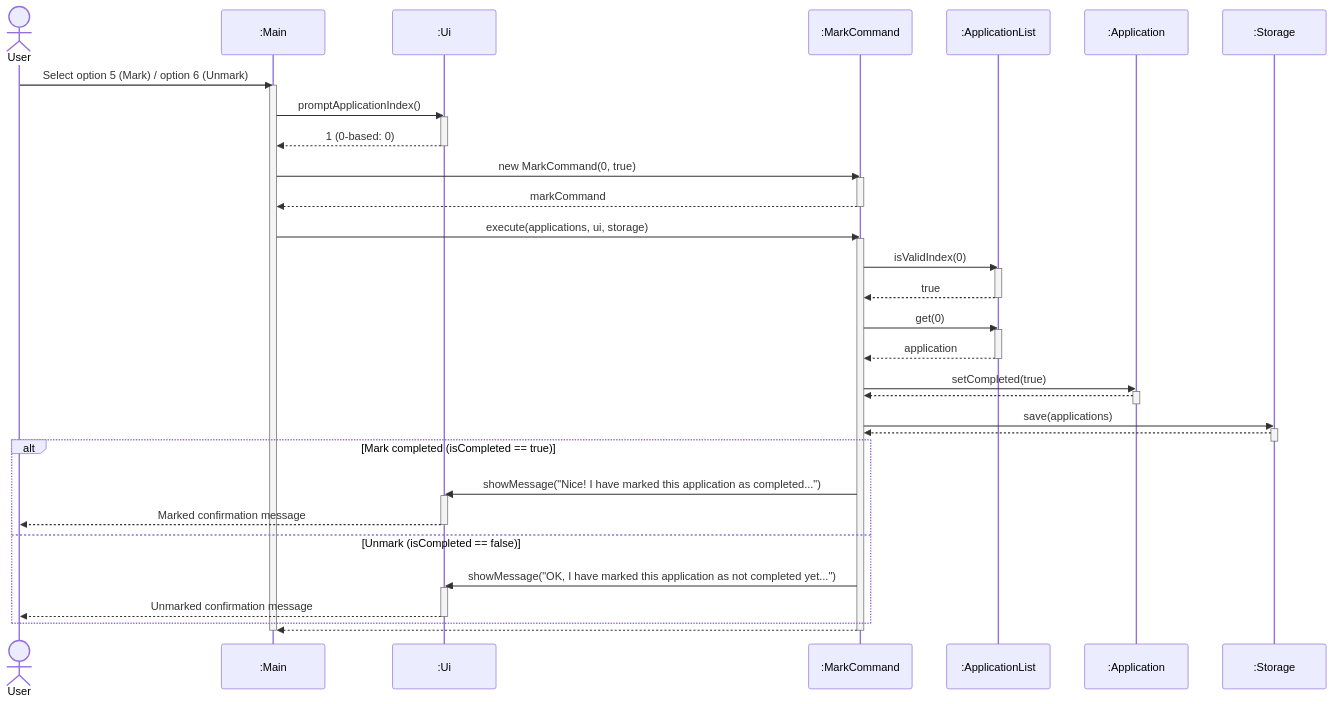
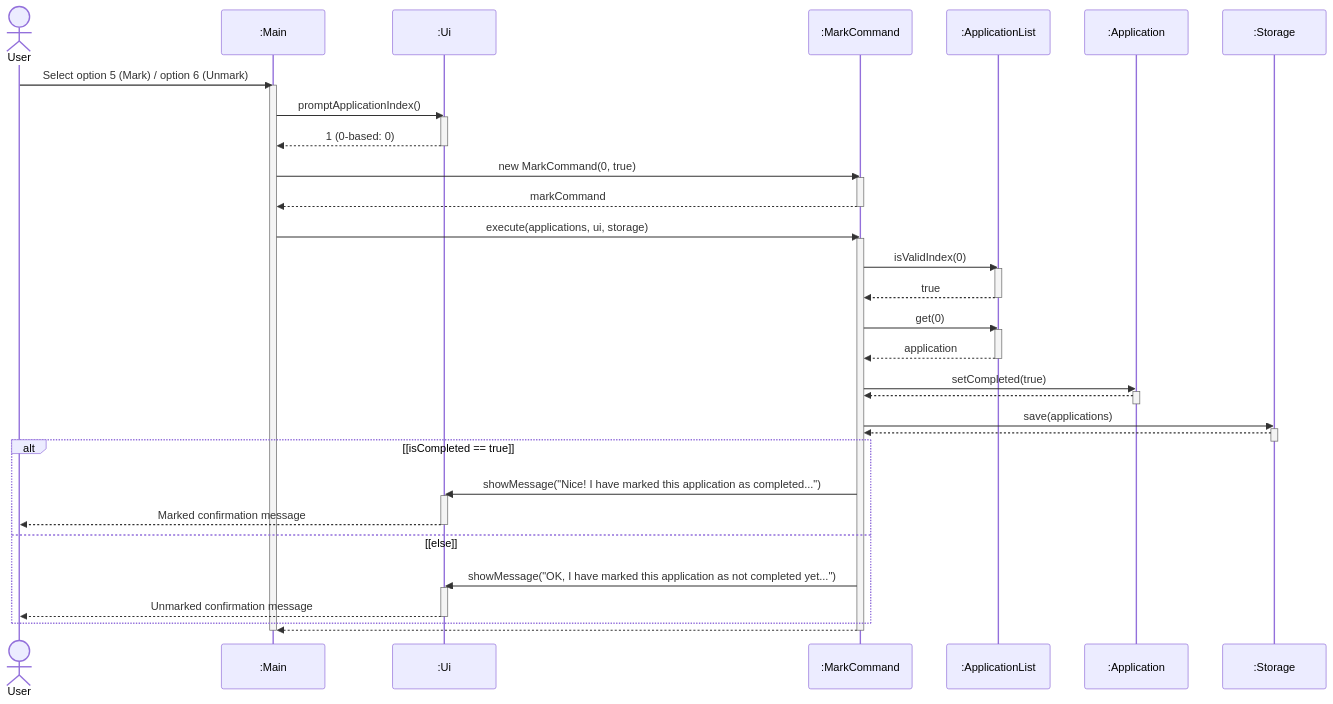
Before and after one commit to AY2627S1-CS2113-T10-2/tp: the ninth of 21 diagrams in docs/DeveloperGuide.md, drawn with Mermaid. The commit also changed other lines of this file, not shown here.

First line of the commit message:
docs: align diagrams with reference guidelines and compact activity/object layouts

````diff
--- a/docs/DeveloperGuide.md
+++ b/docs/DeveloperGuide.md
@@ -575,55 +538,55 @@
 ```mermaid
 sequenceDiagram
     actor user as User
     participant main as :Main
     participant ui as :Ui
     participant cmd as :MarkCommand
     participant list as :ApplicationList
     participant app as :Application
     participant storage as :Storage
 
     user->>main: Select option 5 (Mark) / option 6 (Unmark)
     activate main
     main->>ui: promptApplicationIndex()
     activate ui
     ui-->>main: 1 (0-based: 0)
     deactivate ui
     main->>cmd: new MarkCommand(0, true)
     activate cmd
     cmd-->>main: markCommand
     deactivate cmd
     main->>cmd: execute(applications, ui, storage)
     activate cmd
     cmd->>list: isValidIndex(0)
     activate list
     list-->>cmd: true
     deactivate list
     cmd->>list: get(0)
     activate list
     list-->>cmd: application
     deactivate list
     cmd->>app: setCompleted(true)
     activate app
     app-->>cmd: 
     deactivate app
     cmd->>storage: save(applications)
     activate storage
     storage-->>cmd: 
     deactivate storage
 
-    alt Mark completed (isCompleted == true)
+    alt [isCompleted == true]
         cmd->>ui: showMessage("Nice! I have marked this application as completed...")
         activate ui
         ui-->>user: Marked confirmation message
         deactivate ui
-    else Unmark (isCompleted == false)
+    else [else]
         cmd->>ui: showMessage("OK, I have marked this application as not completed yet...")
         activate ui
         ui-->>user: Unmarked confirmation message
         deactivate ui
     end
 
     cmd-->>main: 
     deactivate cmd
     deactivate main
 ```
````
